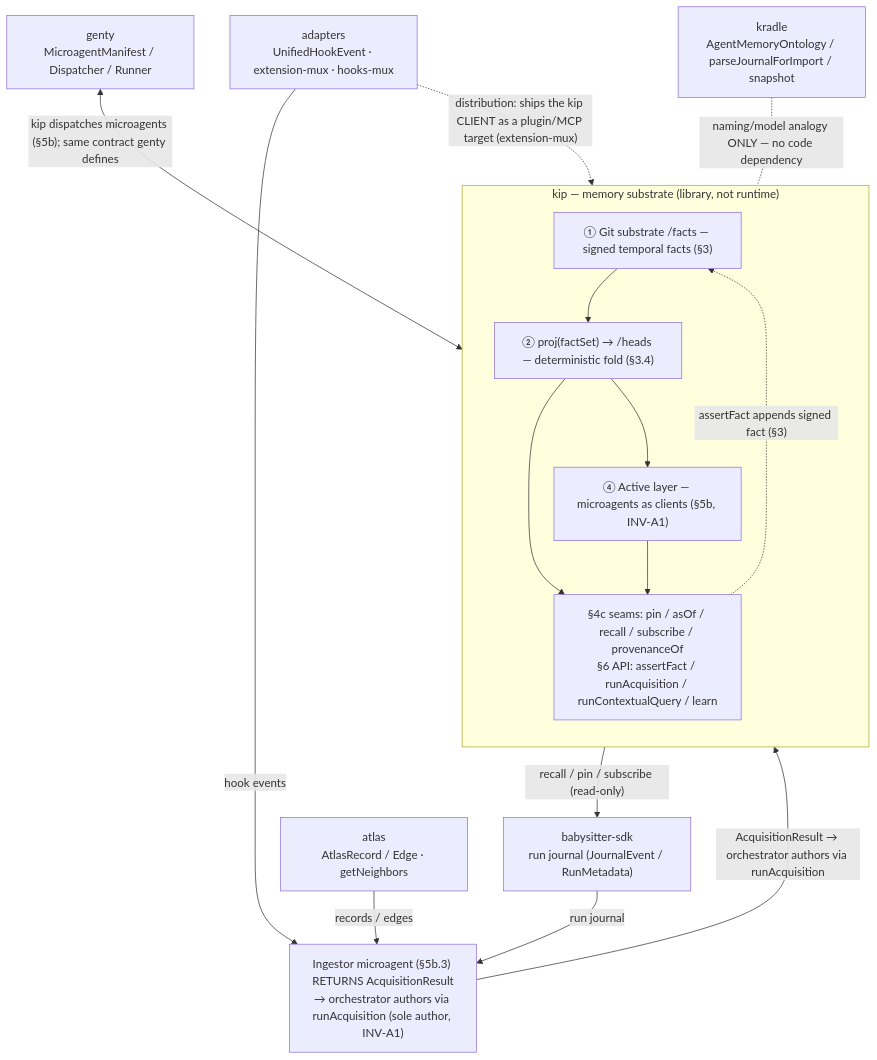
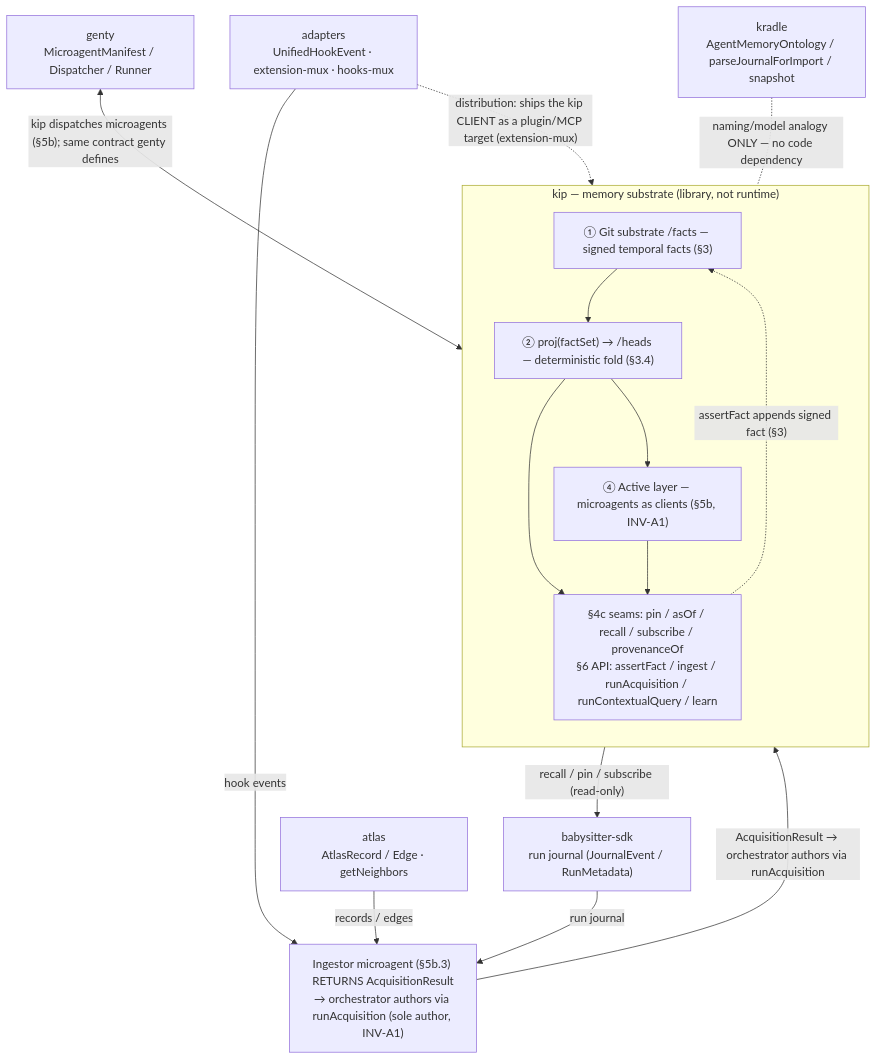
The first of 2 diagrams in packages/kip-sdk/docs/28-stack-integration.md (a5c-ai/babysitter), drawn with Mermaid before and after one commit. The commit also changed other lines of this file and 29 other files, not shown here.

````diff
--- a/packages/kip-sdk/docs/28-stack-integration.md
+++ b/packages/kip-sdk/docs/28-stack-integration.md
@@ -50,30 +57,30 @@
 ```mermaid
 flowchart TB
   subgraph KIP["kip — memory substrate (library, not runtime)"]
     direction TB
     SUB["① Git substrate /facts — signed temporal facts (§3)"]
     PROJ["② proj(factSet) → /heads — deterministic fold (§3.4)"]
     ACT["④ Active layer — microagents as clients (§5b, INV-A1)"]
-    SEAMS["§4c seams: pin / asOf / recall / subscribe / provenanceOf<br/>§6 API: assertFact / runAcquisition / runContextualQuery / learn"]
+    SEAMS["§4c seams: pin / asOf / recall / subscribe / provenanceOf<br/>§6 API: assertFact / ingest / runAcquisition / runContextualQuery / learn"]
     SUB --> PROJ --> SEAMS
     PROJ --> ACT --> SEAMS
   end
 
   BSDK["babysitter-sdk<br/>run journal (JournalEvent / RunMetadata)"]
   GENTY["genty<br/>MicroagentManifest / Dispatcher / Runner"]
   ADAPT["adapters<br/>UnifiedHookEvent · extension-mux · hooks-mux"]
   ATLAS["atlas<br/>AtlasRecord / Edge · getNeighbors"]
   KRADLE["kradle<br/>AgentMemoryOntology / parseJournalForImport / snapshot"]
 
   ING["Ingestor microagent (§5b.3) RETURNS AcquisitionResult<br/>→ orchestrator authors via runAcquisition (sole author, INV-A1)"]
 
   BSDK -- "run journal" --> ING
   ATLAS -- "records / edges" --> ING
   ADAPT -- "hook events" --> ING
   ING -- "AcquisitionResult → orchestrator authors via runAcquisition" --> SEAMS
   SEAMS -. "assertFact appends signed fact (§3)" .-> SUB
   ADAPT -. "distribution: ships the kip CLIENT as a plugin/MCP target (extension-mux)" .-> KIP
   GENTY <-- "kip dispatches microagents (§5b); same contract genty defines" --> ACT
   KRADLE -. "naming/model analogy ONLY — no code dependency" .- KIP
   SEAMS -- "recall / pin / subscribe (read-only)" --> BSDK
 ```
````
